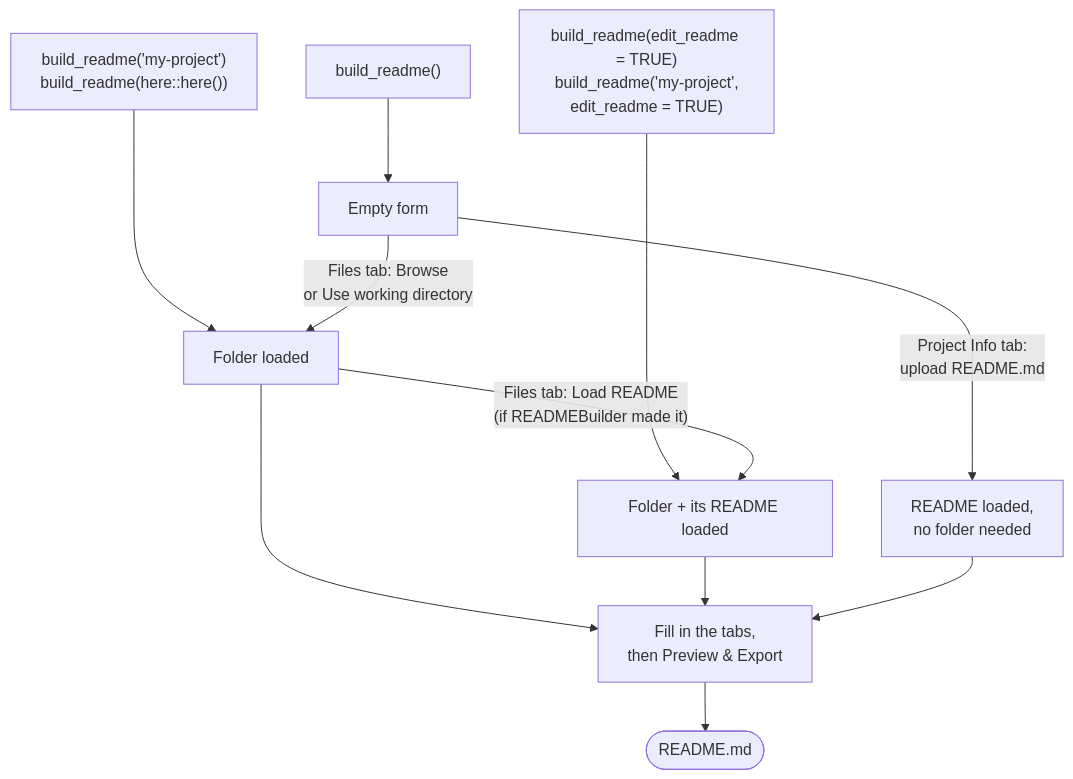
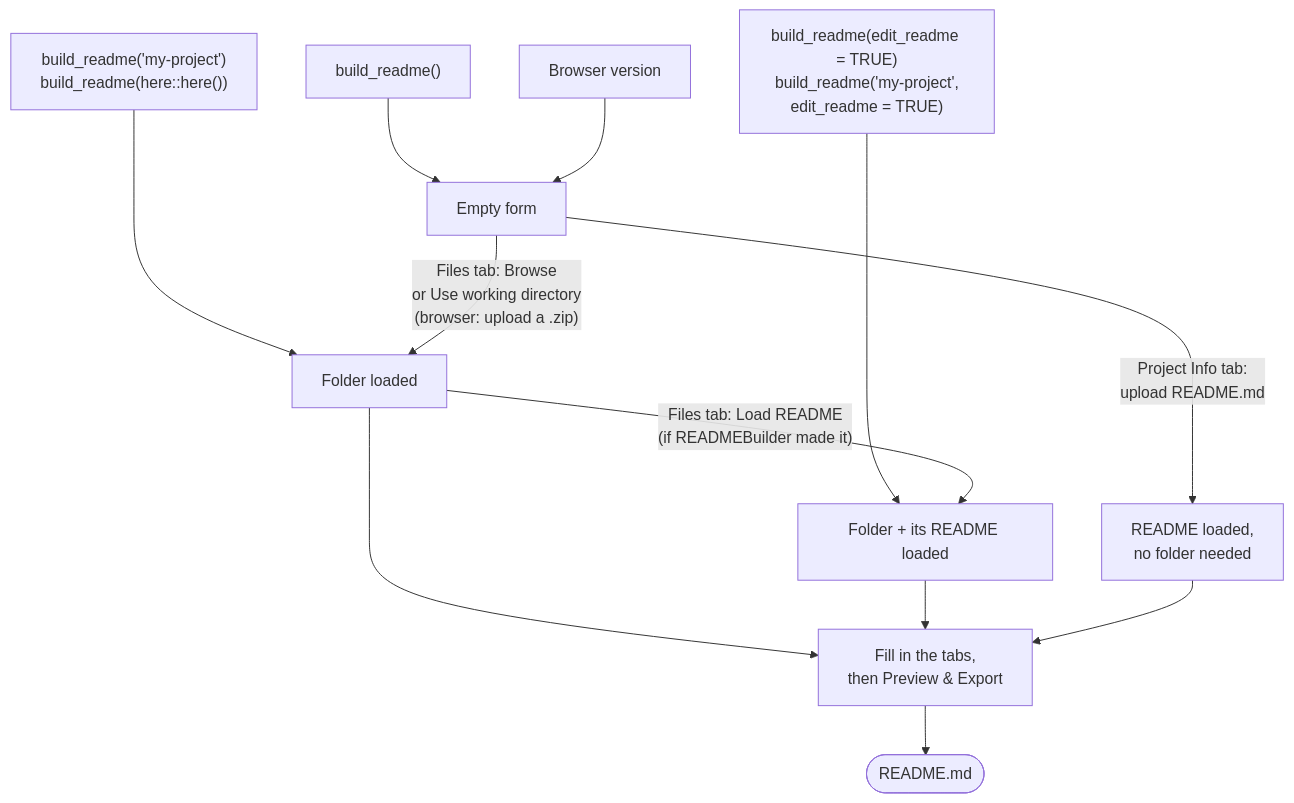
One commit to EIvimeyCook/READMEBuilder changed the diagram in README.md. Above: the diagram before and after it, drawn with Mermaid. The commit also changed other lines of this file and 6 other files, not shown here.

````diff
--- a/README.md
+++ b/README.md
@@ -104,13 +148,14 @@
 ```mermaid
 flowchart TD
     A["build_readme()"] --> B["Empty form"]
     F["build_readme('my-project')<br/>build_readme(here::here())"] ---> C
     G["build_readme(edit_readme = TRUE)<br/>build_readme('my-project',<br/>edit_readme = TRUE)"] ----> D
-    B -- "Files tab: Browse<br/>or Use working directory" --> C["Folder loaded"]
+    W["Browser version"] --> B
+    B -- "Files tab: Browse<br/>or Use working directory<br/>(browser: upload a .zip)" --> C["Folder loaded"]
     B -- "Project Info tab:<br/>upload README.md" --> E["README loaded,<br/>no folder needed"]
     C -- "Files tab: Load README<br/>(if READMEBuilder made it)" --> D["Folder + its README loaded"]
     C --> H["Fill in the tabs,<br/>then Preview & Export"]
     D --> H
     E --> H
     H --> I(["README.md"])
 ```
````
